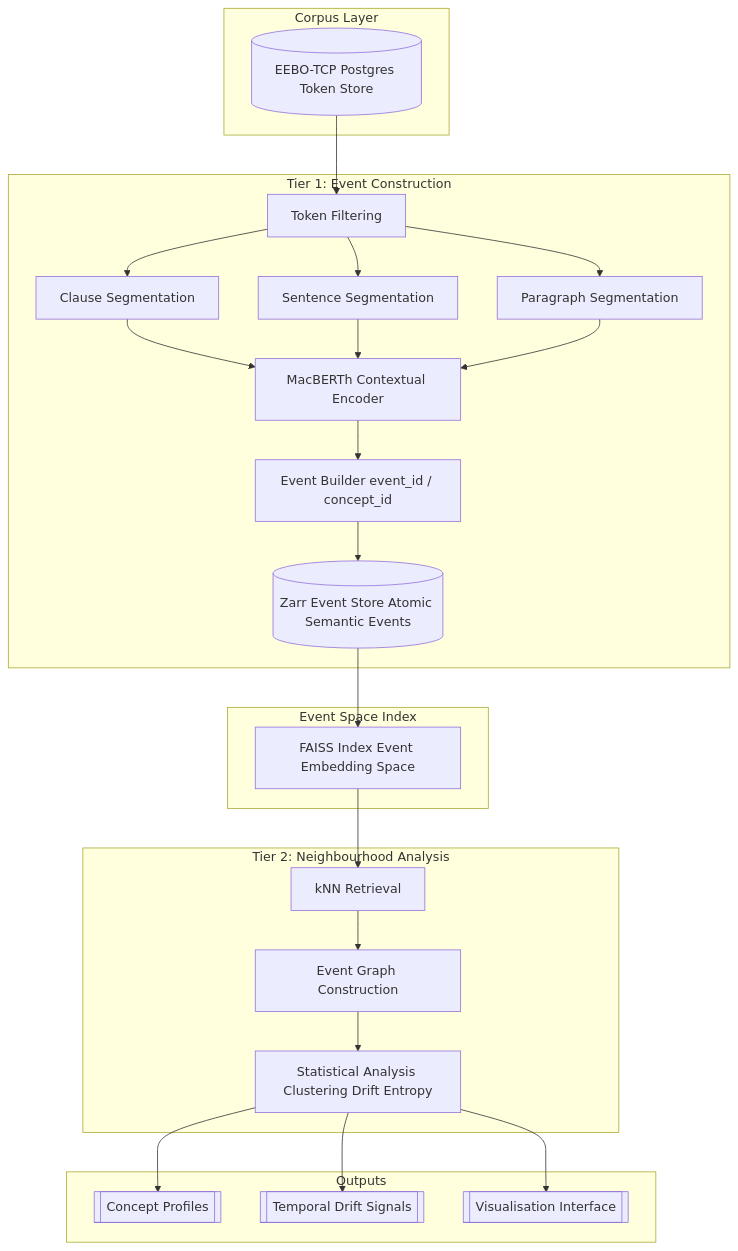
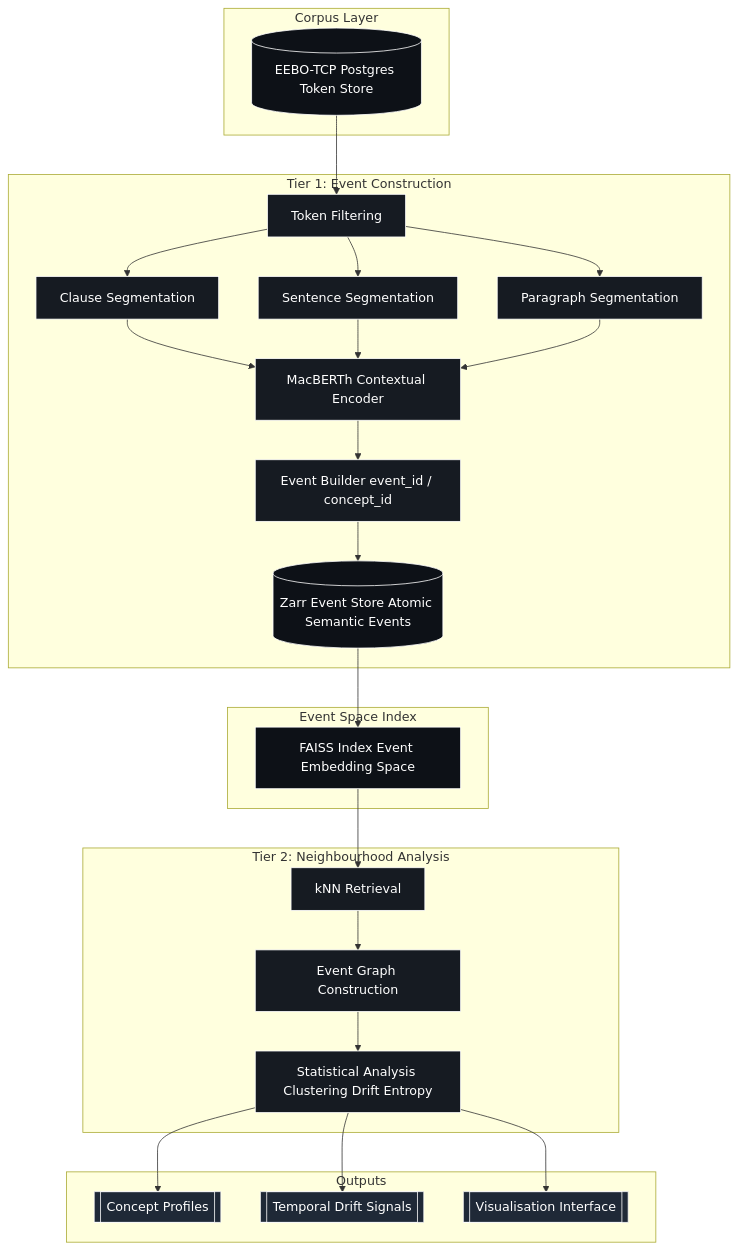
One commit to leegee/mutatis-mutandis changed the diagram in README.md. Above: the diagram before and after it, drawn with Mermaid.

Commit message:
dark mode

````diff
--- a/README.md
+++ b/README.md
@@ -43,53 +43,61 @@
 ```mermaid
 flowchart TB
+
+classDef dark fill:#0d1117,stroke:#ffffff,color:#ffffff,stroke-width:1px;
+classDef store fill:#161b22,stroke:#ffffff,color:#ffffff,stroke-width:1px;
+classDef output fill:#1f2937,stroke:#ffffff,color:#ffffff,stroke-width:1px;
 
 subgraph L0["Corpus Layer"]
 PG[(EEBO-TCP Postgres Token Store)]
 end
 
 subgraph L1["Tier 1: Event Construction"]
 TF[Token Filtering]
 
 CS[Clause Segmentation]
 SS[Sentence Segmentation]
 PS[Paragraph Segmentation]
 
 MB[MacBERTh Contextual Encoder]
 EB[Event Builder event_id / concept_id]
 ZS[(Zarr Event Store Atomic Semantic Events)]
 end
 
 subgraph L2["Event Space Index"]
 FI[FAISS Index Event Embedding Space]
 end
 
 subgraph L3["Tier 2: Neighbourhood Analysis"]
 KR[kNN Retrieval]
 EG[Event Graph Construction]
 SA[Statistical Analysis Clustering Drift Entropy]
 end
 
 subgraph L4["Outputs"]
 CP[[Concept Profiles]]
 TD[[Temporal Drift Signals]]
 VI[[Visualisation Interface]]
 end
 
 PG --> TF
 
 TF --> CS
 TF --> SS
 TF --> PS
 
 CS --> MB
 SS --> MB
 PS --> MB
 
 MB --> EB --> ZS --> FI
 
 FI --> KR --> EG --> SA
 
 SA --> CP
 SA --> TD
 SA --> VI
+
+class PG,ZS,FI dark;
+class TF,CS,SS,PS,MB,EB,KR,EG,SA store;
+class CP,TD,VI output;
 ```
````
